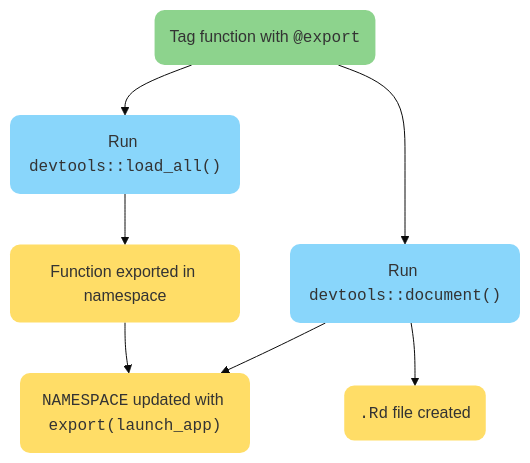
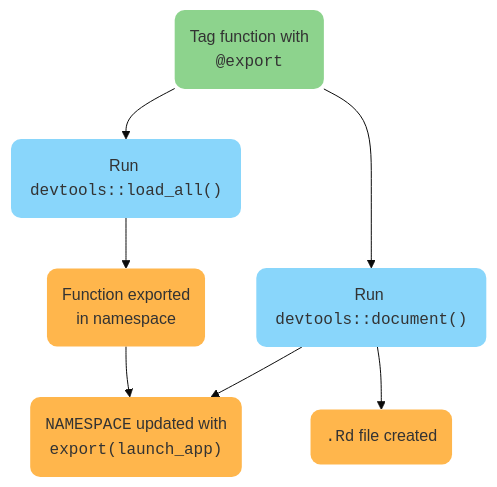
One commit to mjfrigaard/shiny-app-pkgs changed the second of 3 diagrams in dependencies.qmd. Above: the diagram before and after it, drawn with Mermaid. The commit also changed other lines of this file and 196 other files, not shown here.

````diff
--- a/dependencies.qmd
+++ b/dependencies.qmd
@@ -516,28 +516,28 @@
 ```{mermaid}
 %%| fig-width: 6.5
 %%| fig-align: center
 %%| fig-cap: 'The `@export` tag makes a function available to anyone using our package'
 %%{init: {'theme': 'base', 'themeVariables': { 'fontFamily': 'Inconsolata', 'primaryColor': '#89D6FB', 'edgeLabelBackground':'#02577A'}}}%%
 
 flowchart TD
-  Tag("Tag function with <code>@export</code>")
+  Tag("Tag function with\n <code>@export</code>")
   LoadAll("Run <code>devtools::load_all()</code>")
   Document("Run <code>devtools::document()</code>")
-  Exported("Function exported in namespace")
-  NAMESPACE("<code>NAMESPACE</code> updated with <code>export(launch_app)</code>")
+  Exported("Function exported\n in namespace")
+  NAMESPACE("<code>NAMESPACE</code> updated with\n <code>export(launch_app)</code>")
   RdFile("<code>.Rd</code> file created")
 
   Tag --> LoadAll
   Tag --> Document
   LoadAll --> Exported
   Document --> NAMESPACE
   Document --> RdFile
   Exported --> NAMESPACE
   
   style Tag fill:#8dd38d,stroke:none,rx:10,ry:10;
   style LoadAll fill:#89D6FB,stroke:none,rx:10,ry:10;
   style Document fill:#89D6FB,stroke:none,rx:10,ry:10;
-  style Exported fill:#FFDD67,stroke:none,rx:10,ry:10;
-  style NAMESPACE fill:#FFDD67,stroke:none,rx:10,ry:10;
-  style RdFile fill:#FFDD67,stroke:none,rx:10,ry:10;
+  style Exported fill:#FFB64C,stroke:none,rx:10,ry:10;
+  style NAMESPACE fill:#FFB64C,stroke:none,rx:10,ry:10;
+  style RdFile fill:#FFB64C,stroke:none,rx:10,ry:10;
 ```
````
